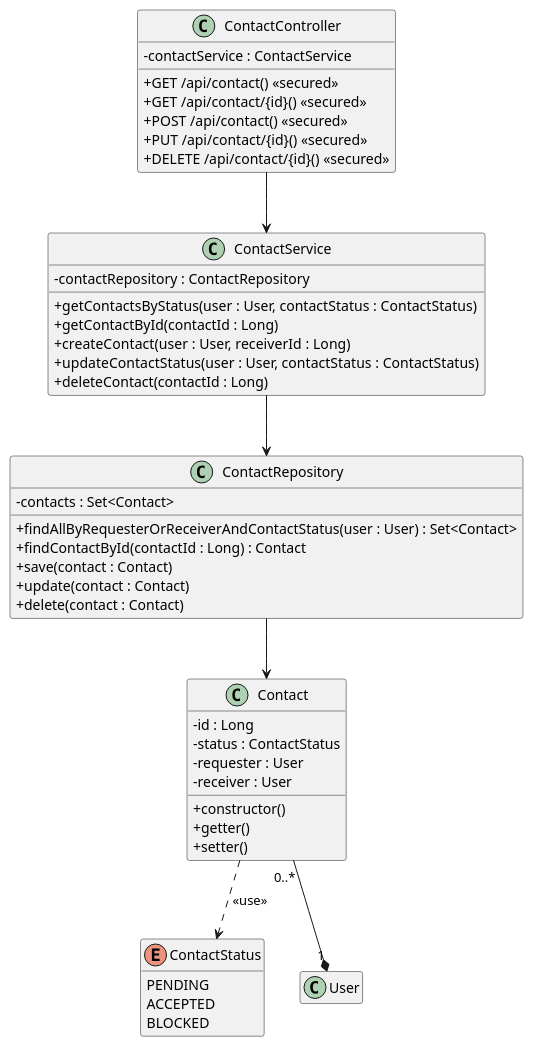
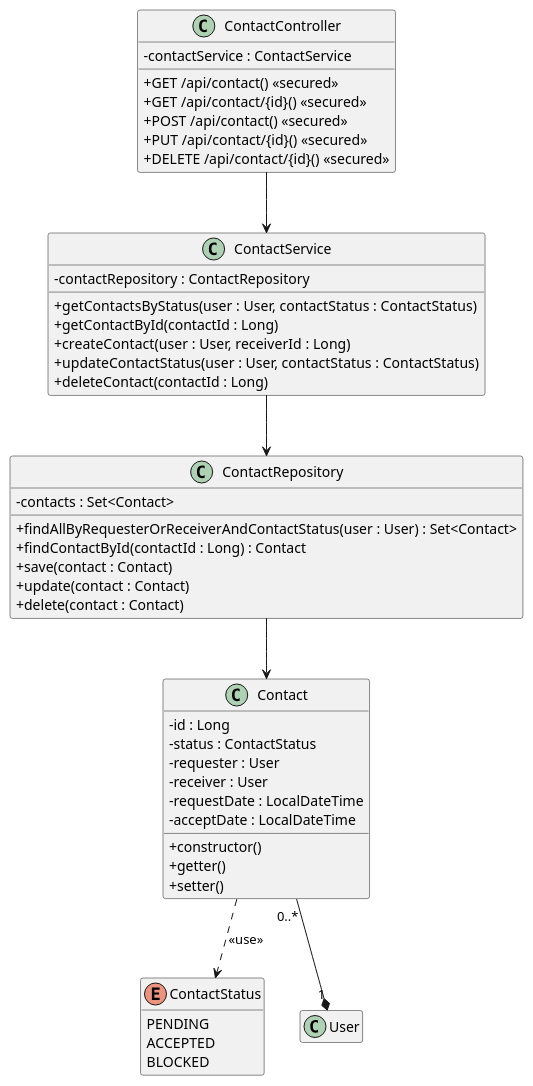
The diagram in uml/class/Class_Contact.puml (SpaghettiCodeGang/TryLater-Server), drawn with PlantUML before and after one commit. The commit also changed 2 other files, not shown here.

Commit message:
feat: adds LocalDateTimes

```diff
--- a/uml/class/Class_Contact.puml
+++ b/uml/class/Class_Contact.puml
@@ -1,50 +1,52 @@
 @startuml
 skinparam classAttributeIconSize 0
 hide empty members
 
 enum ContactStatus {
     PENDING
     ACCEPTED
     BLOCKED
 }
 class Contact {
     - id : Long
     - status : ContactStatus
     - requester : User
     - receiver : User
+    - requestDate : LocalDateTime
+    - acceptDate : LocalDateTime
     + constructor()
     + getter()
     + setter()
 }
 class ContactRepository {
     - contacts : Set<Contact>
     + findAllByRequesterOrReceiverAndContactStatus(user : User) : Set<Contact>
     + findContactById(contactId : Long) : Contact
     + save(contact : Contact)
     + update(contact : Contact)
     + delete(contact : Contact)
 }
 class ContactService {
     - contactRepository : ContactRepository
     + getContactsByStatus(user : User, contactStatus : ContactStatus)
     + getContactById(contactId : Long)
     + createContact(user : User, receiverId : Long)
     + updateContactStatus(user : User, contactStatus : ContactStatus)
     + deleteContact(contactId : Long)
 }
 class ContactController {
     - contactService : ContactService
     + GET /api/contact() <<secured>>
     + GET /api/contact/{id}() <<secured>>
     + POST /api/contact() <<secured>>
     + PUT /api/contact/{id}() <<secured>>
     + DELETE /api/contact/{id}() <<secured>>
 }
 
 Contact "0..*" --* "1" User
 Contact ..> ContactStatus : <<use>>
 ContactRepository --> Contact
 ContactService --> ContactRepository
 ContactController --> ContactService
 
 @enduml
```
